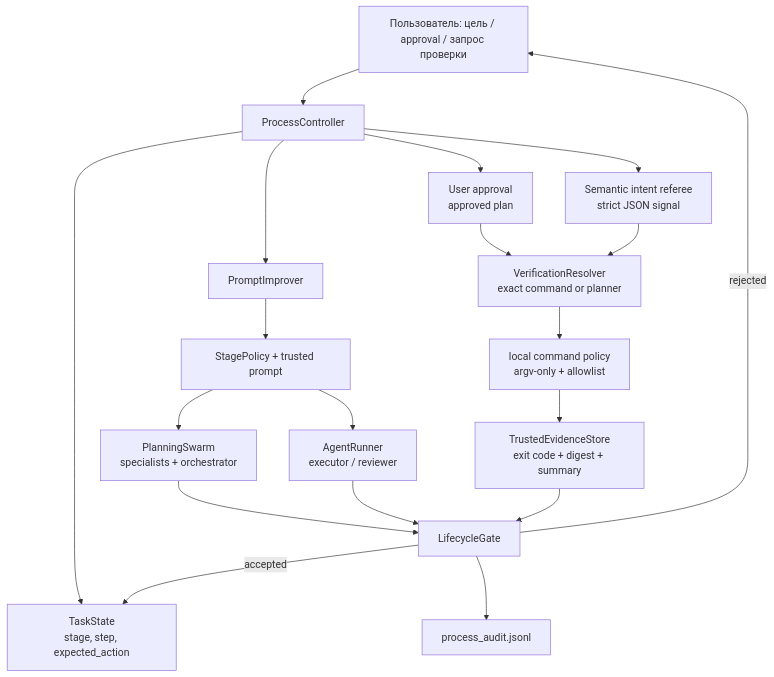
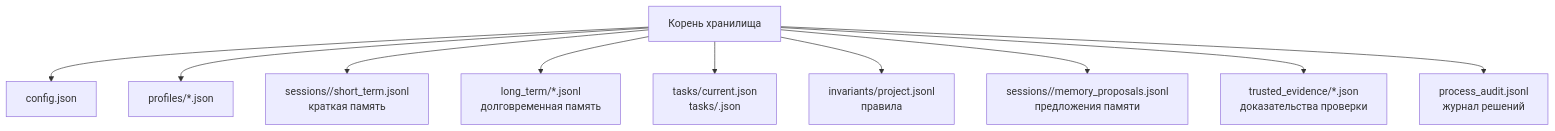
The fifth of 6 diagrams in README.md (nikbrik/coding_writer), drawn with Mermaid before and after one commit. The commit also changed other lines of this file and 10 other files, not shown here.

````diff
--- a/README.md
+++ b/README.md
@@ -517,21 +110,12 @@
 ```mermaid
 flowchart TD
-    User["Пользователь: цель / approval / запрос проверки"] --> Controller["ProcessController"]
-    Controller --> State["TaskState<br/>stage, step, expected_action"]
-    Controller --> Improve["PromptImprover"]
-    Improve --> Policy["StagePolicy + trusted prompt"]
-    Policy --> Swarm["PlanningSwarm<br/>specialists + orchestrator"]
-    Policy --> Agents["AgentRunner<br/>executor / reviewer"]
-    Controller --> Intent["Semantic intent referee<br/>strict JSON signal"]
-    Controller --> Approval["User approval<br/>approved plan"]
-    Approval --> Verify["VerificationResolver<br/>exact command or planner"]
-    Intent --> Verify
-    Verify --> CommandPolicy["local command policy<br/>argv-only + allowlist"]
-    CommandPolicy --> Evidence["TrustedEvidenceStore<br/>exit code + digest + summary"]
-    Swarm --> Gate["LifecycleGate"]
-    Agents --> Gate
-    Evidence --> Gate
-    Gate -->|accepted| State
-    Gate --> Audit["process_audit.jsonl"]
-    Gate -->|rejected| User
+    Storage["Корень хранилища"] --> Config["config.json"]
+    Storage --> Profiles["profiles/*.json"]
+    Storage --> Short["sessions/<id>/short_term.jsonl<br/>краткая память"]
+    Storage --> Long["long_term/*.jsonl<br/>долговременная память"]
+    Storage --> Tasks["tasks/current.json<br/>tasks/<task>.json"]
+    Storage --> Rules["invariants/project.jsonl<br/>правила"]
+    Storage --> Proposals["sessions/<id>/memory_proposals.jsonl<br/>предложения памяти"]
+    Storage --> Evidence["trusted_evidence/*.json<br/>доказательства проверки"]
+    Storage --> Audit["process_audit.jsonl<br/>журнал решений"]
 ```
````
